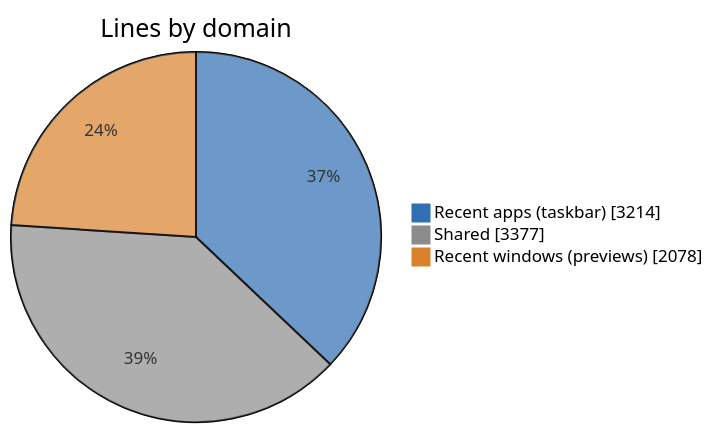
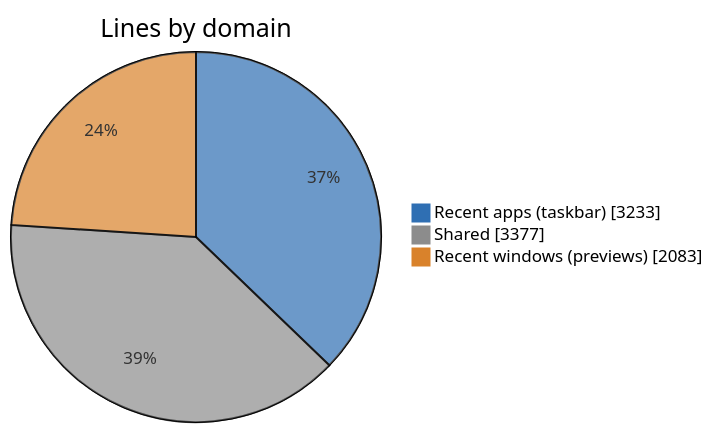
The first of 5 diagrams in doc/code/code-breakdown.md (jvlasek/taskbar-recent-focus-highlight), drawn with Mermaid before and after one commit. The commit also changed other lines of this file and 8 other files, not shown here.

````diff
--- a/doc/code/code-breakdown.md
+++ b/doc/code/code-breakdown.md
@@ -15,7 +15,7 @@
 ```mermaid
 %%{init: {"themeVariables": {"pie1": "#2F6FB3", "pie2": "#8C8C8C", "pie3": "#D9822B", "pieOuterStrokeWidth": "1px"}}}%%
 pie showData title Lines by domain
-    "Recent apps (taskbar)" : 3214
+    "Recent apps (taskbar)" : 3233
     "Shared" : 3377
-    "Recent windows (previews)" : 2078
+    "Recent windows (previews)" : 2083
 ```
````
